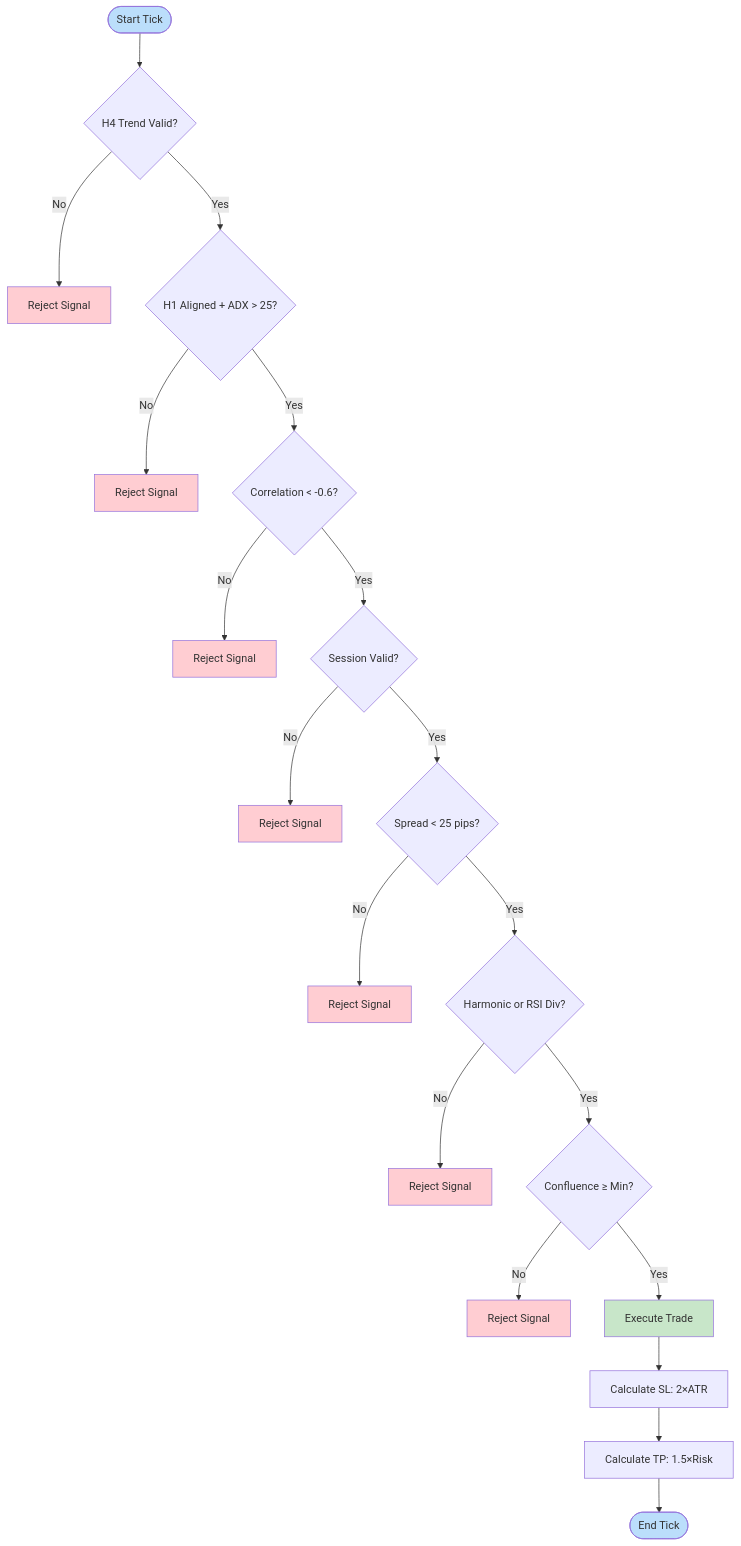
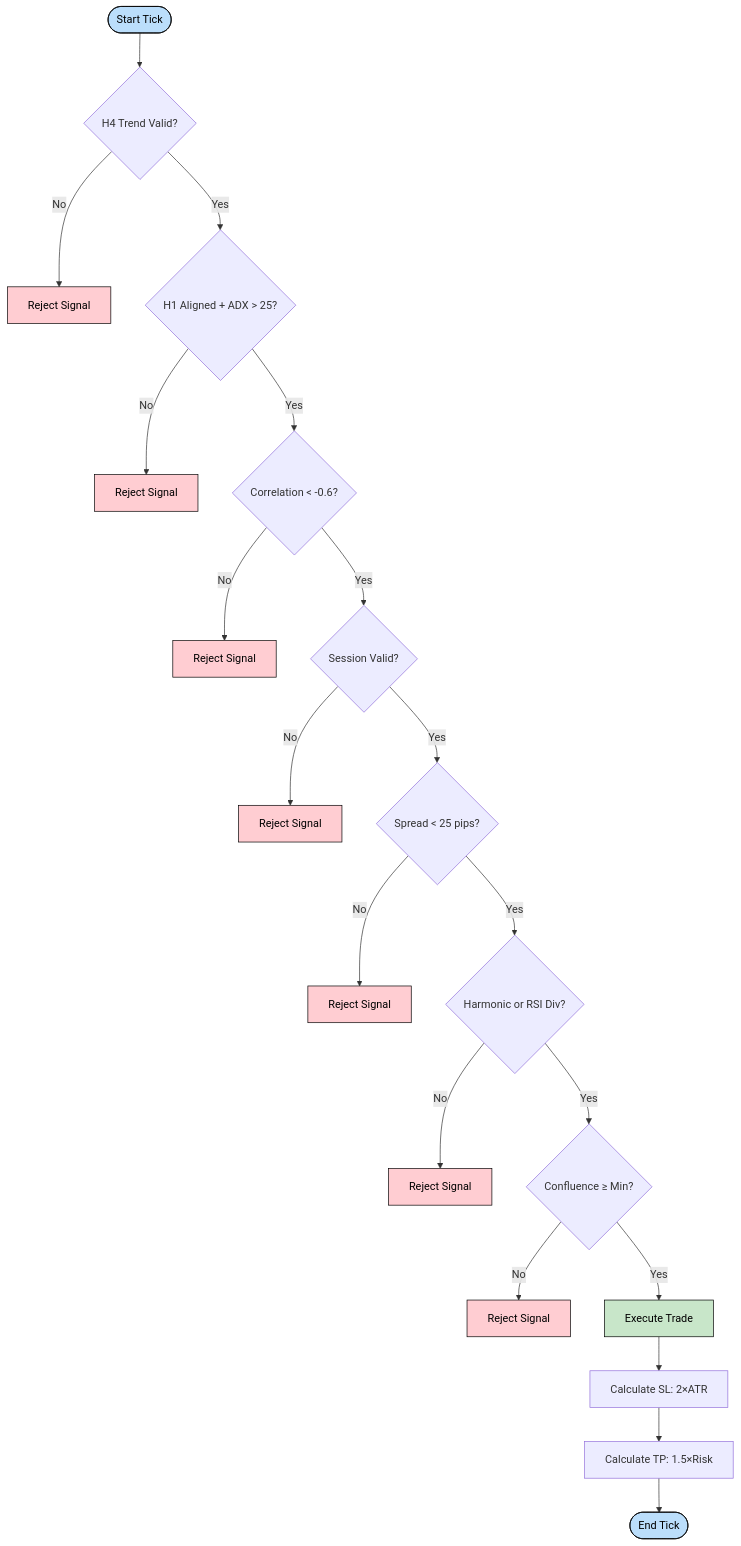
Before and after one commit to keyalgos/Project_Chimera: the third of 8 diagrams in README.md, drawn with Mermaid. The commit also changed other lines of this file, not shown here.

````diff
--- a/README.md
+++ b/README.md
@@ -243,39 +243,39 @@
 ```mermaid
 flowchart TD
     Start([Start Tick]) --> Check1{H4 Trend Valid?}
     Check1 -->|No| Reject1[Reject Signal]
     Check1 -->|Yes| Check2{H1 Aligned + ADX > 25?}
     
     Check2 -->|No| Reject2[Reject Signal]
     Check2 -->|Yes| Check3{Correlation < -0.6?}
     
     Check3 -->|No| Reject3[Reject Signal]
     Check3 -->|Yes| Check4{Session Valid?}
     
     Check4 -->|No| Reject4[Reject Signal]
     Check4 -->|Yes| Check5{Spread < 25 pips?}
     
     Check5 -->|No| Reject5[Reject Signal]
     Check5 -->|Yes| Check6{Harmonic or RSI Div?}
     
     Check6 -->|No| Reject6[Reject Signal]
     Check6 -->|Yes| Check7{Confluence ≥ Min?}
     
     Check7 -->|No| Reject7[Reject Signal]
     Check7 -->|Yes| Execute[Execute Trade]
     
     Execute --> CalcSL[Calculate SL: 2×ATR]
     CalcSL --> CalcTP[Calculate TP: 1.5×Risk]
     CalcTP --> End([End Tick])
     
-    style Reject1 fill:#ffcdd2
-    style Reject2 fill:#ffcdd2
-    style Reject3 fill:#ffcdd2
-    style Reject4 fill:#ffcdd2
-    style Reject5 fill:#ffcdd2
-    style Reject6 fill:#ffcdd2
-    style Reject7 fill:#ffcdd2
-    style Execute fill:#c8e6c9
-    style Start fill:#bbdefb
-    style End fill:#bbdefb
+    style Reject1 fill:#ffcdd2,stroke:#000,color:#000
+    style Reject2 fill:#ffcdd2,stroke:#000,color:#000
+    style Reject3 fill:#ffcdd2,stroke:#000,color:#000
+    style Reject4 fill:#ffcdd2,stroke:#000,color:#000
+    style Reject5 fill:#ffcdd2,stroke:#000,color:#000
+    style Reject6 fill:#ffcdd2,stroke:#000,color:#000
+    style Reject7 fill:#ffcdd2,stroke:#000,color:#000
+    style Execute fill:#c8e6c9,stroke:#000,color:#000
+    style Start fill:#bbdefb,stroke:#000,color:#000
+    style End fill:#bbdefb,stroke:#000,color:#000
 ```
````
